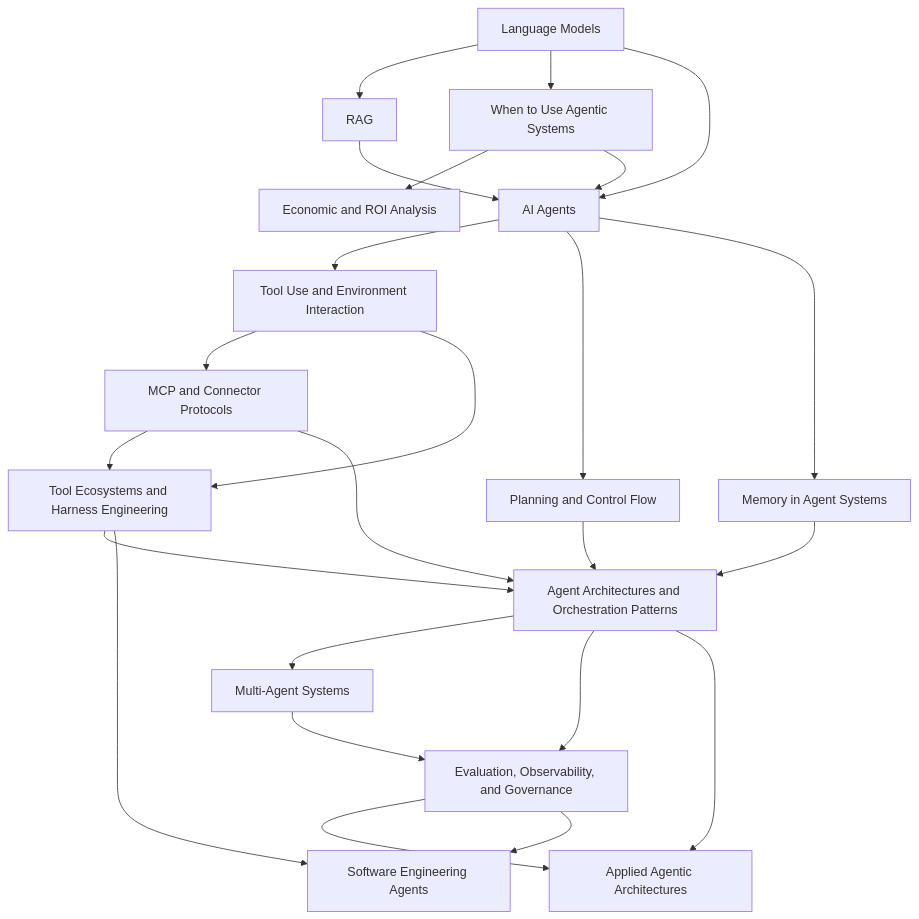
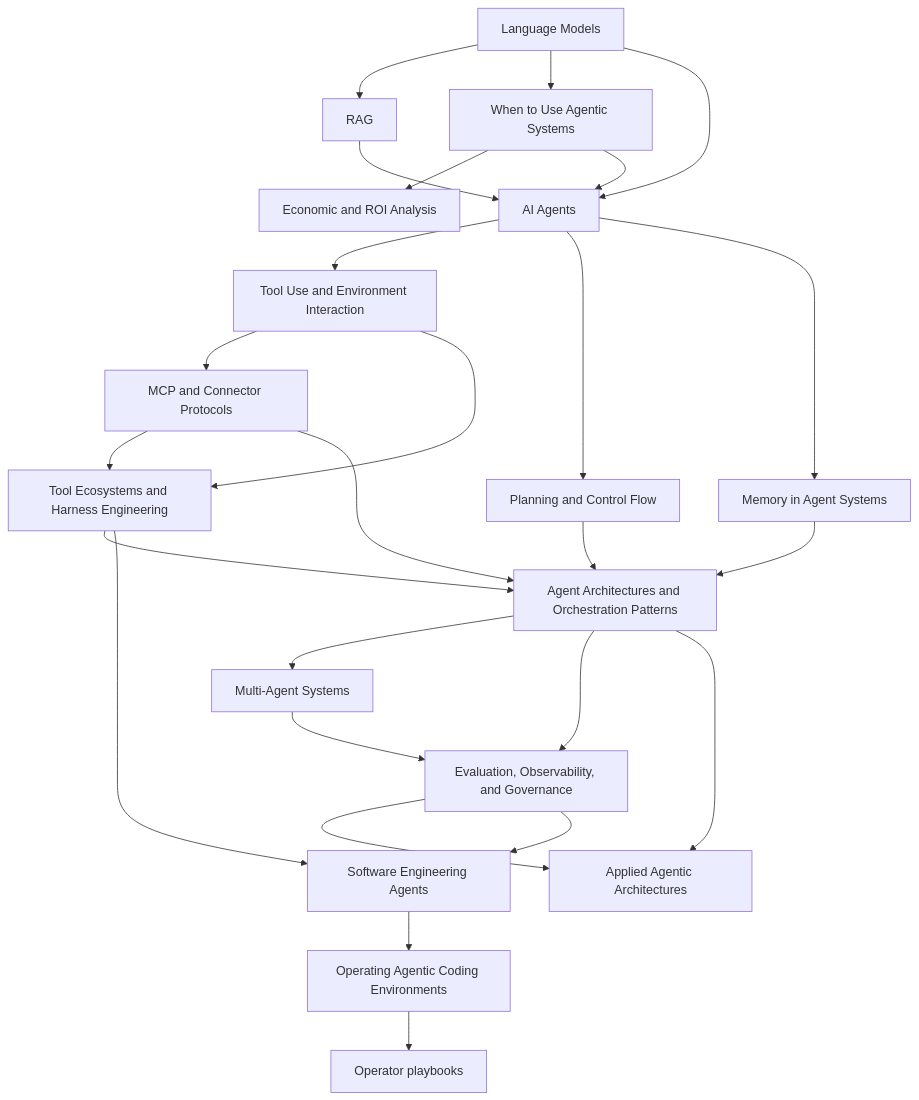
One commit to Reezo912/My-notes changed the diagram in 00 Home/Agentic Systems Index.md. Above: the diagram before and after it, drawn with Mermaid. The commit also changed other lines of this file and 43 other files, not shown here.

Commit message:
Refine agentic systems structure and graph links

````diff
--- a/00 Home/Agentic Systems Index.md
+++ b/00 Home/Agentic Systems Index.md
@@ -25,26 +35,28 @@
 ```mermaid
 flowchart TD
     A["Language Models"] --> B["RAG"]
     A --> W["When to Use Agentic Systems"]
     W --> R["Economic and ROI Analysis"]
     W --> C["AI Agents"]
     A --> C["AI Agents"]
     B --> C
     C --> D["Tool Use and Environment Interaction"]
     D --> L["MCP and Connector Protocols"]
     D --> M["Tool Ecosystems and Harness Engineering"]
     C --> E["Planning and Control Flow"]
     C --> F["Memory in Agent Systems"]
     L --> M
     L --> G["Agent Architectures and Orchestration Patterns"]
     M --> G
     E --> G
     F --> G
     G --> H["Multi-Agent Systems"]
     G --> I["Evaluation, Observability, and Governance"]
     H --> I
     G --> J["Applied Agentic Architectures"]
     M --> K["Software Engineering Agents"]
+    K --> O["Operating Agentic Coding Environments"]
     I --> J
     I --> K["Software Engineering Agents"]
+    O --> P["Operator playbooks"]
 ```
````
